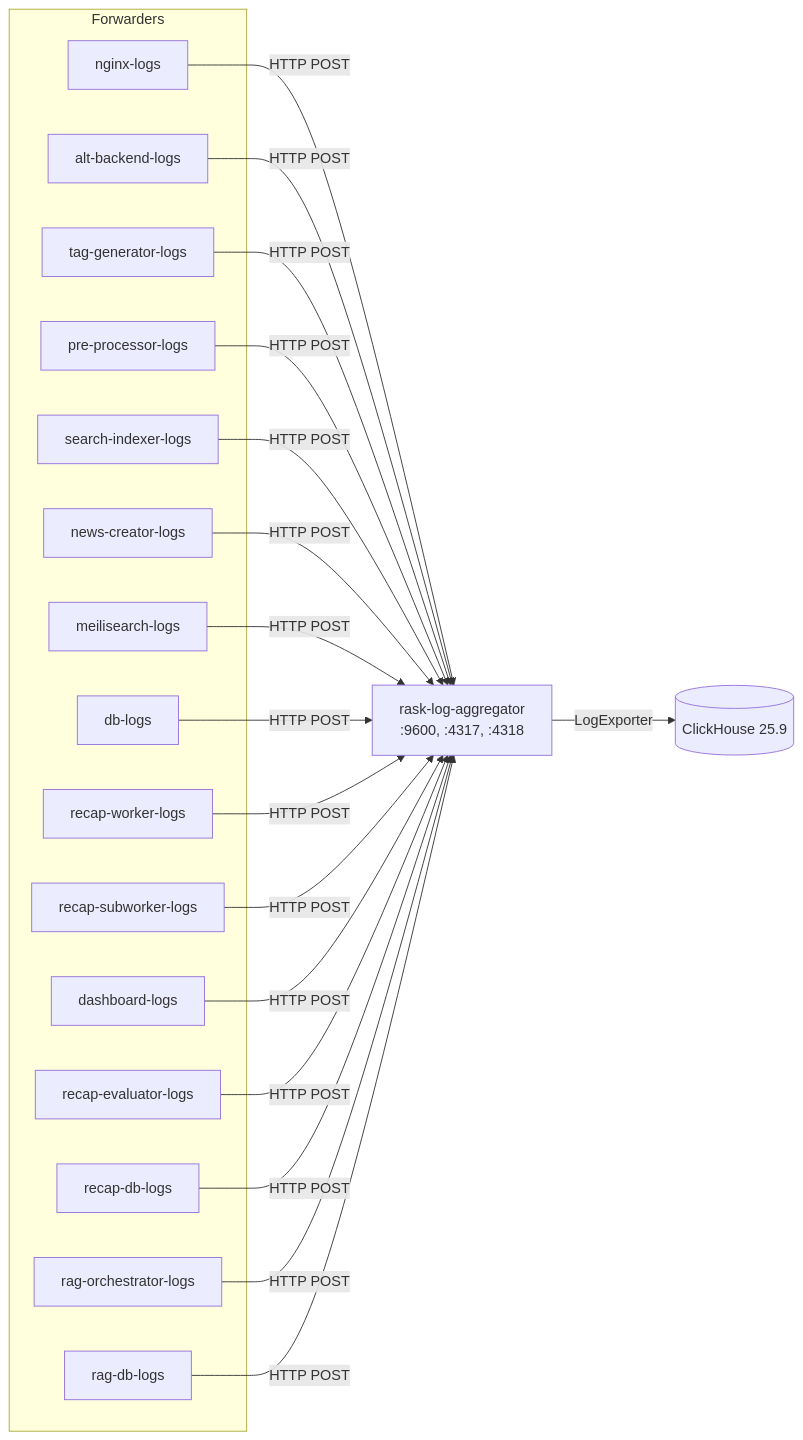
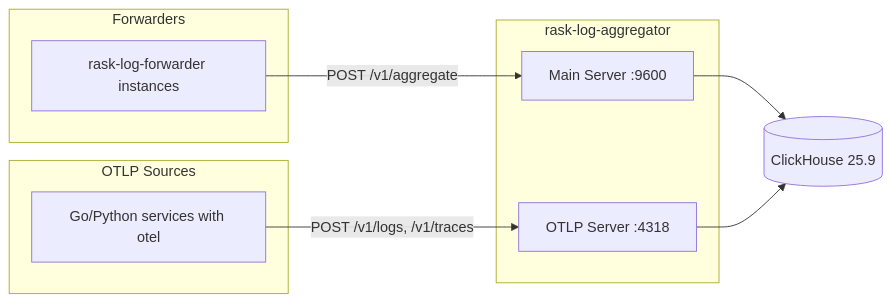
The diagram in docs/services/rask-log-aggregator.md (Kaikei-e/Alt), drawn with Mermaid before and after one commit. The commit also changed other lines of this file and 11 other files, not shown here.

First line of the commit message:
docs: Update service documentation with latest reviews and architectural changes

````diff
--- a/docs/services/rask-log-aggregator.md
+++ b/docs/services/rask-log-aggregator.md
@@ -24,28 +29,18 @@
 ```mermaid
 flowchart LR
     subgraph Forwarders
-        F1[nginx-logs]
-        F2[alt-backend-logs]
-        F3[tag-generator-logs]
-        F4[pre-processor-logs]
-        F5[search-indexer-logs]
-        F6[news-creator-logs]
-        F7[meilisearch-logs]
-        F8[db-logs]
-        F9[recap-worker-logs]
-        F10[recap-subworker-logs]
-        F11[dashboard-logs]
-        F12[recap-evaluator-logs]
-        F13[recap-db-logs]
-        F14[rag-orchestrator-logs]
-        F15[rag-db-logs]
+        F[rask-log-forwarder instances]
     end
-
-    AGG[rask-log-aggregator<br/>:9600, :4317, :4318]
+    subgraph OTLP Sources
+        O[Go/Python services with otel]
+    end
+    subgraph rask-log-aggregator
+        MS[Main Server :9600]
+        OS[OTLP Server :4318]
+    end
     CH[(ClickHouse 25.9)]
 
-    F1 & F2 & F3 & F4 & F5 -->|HTTP POST| AGG
-    F6 & F7 & F8 & F9 & F10 -->|HTTP POST| AGG
-    F11 & F12 & F13 & F14 & F15 -->|HTTP POST| AGG
-    AGG -->|LogExporter| CH
+    F -->|POST /v1/aggregate| MS
+    O -->|POST /v1/logs, /v1/traces| OS
+    MS & OS --> CH
 ```
````
